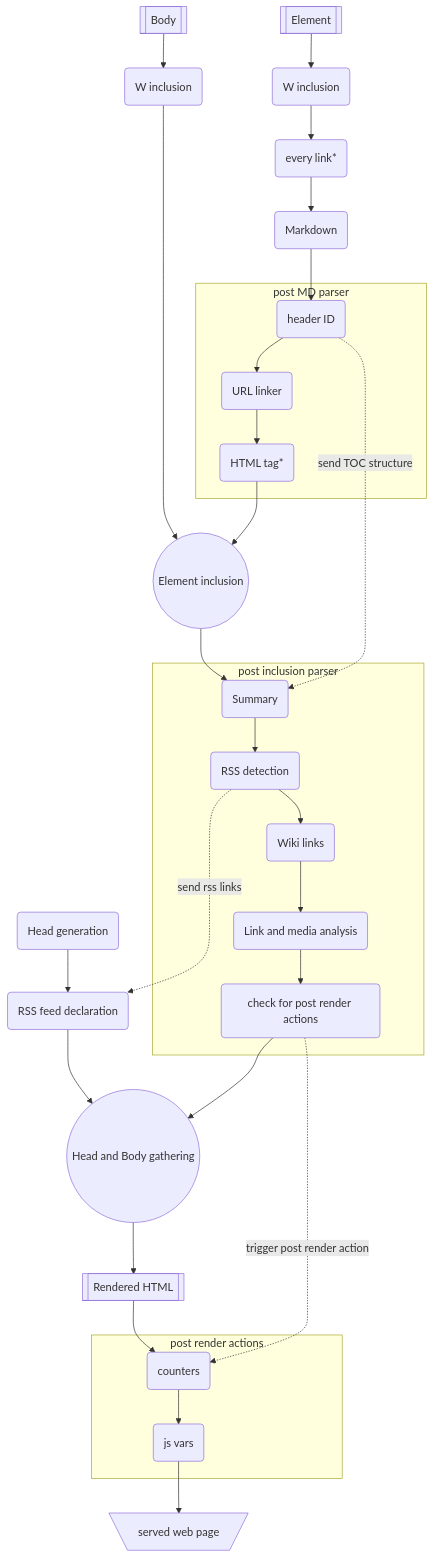
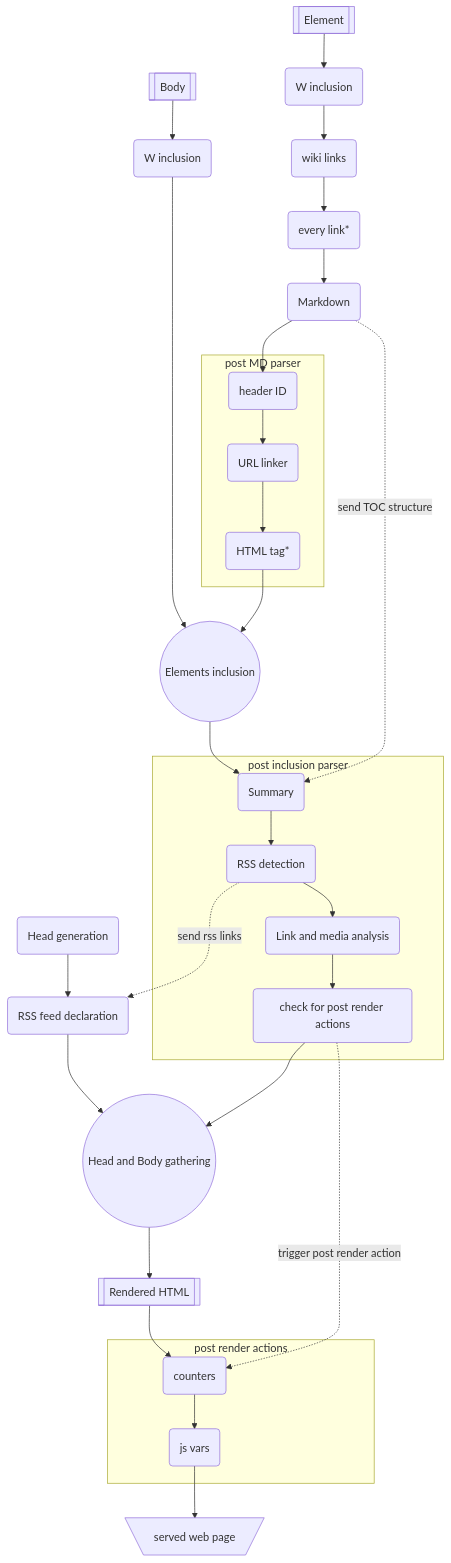
The diagram in RENDER.md (vincent-peugnet/wcms), drawn with Mermaid before and after one commit. The commit also changed 3 other files, not shown here.

````diff
--- a/RENDER.md
+++ b/RENDER.md
@@ -7,41 +7,41 @@
 ```mermaid
 flowchart TD
 
     0A(Head generation) -->
     0rss(RSS feed declaration) --> 3B
 
     2A[[Body]] -->
     2B(W inclusion)  ------->
-    2C((Element inclusion)) --> 2D
+    2C((Elements inclusion)) --> 2D
     subgraph "post inclusion parser"
         2D(Summary) -->
         2rss(RSS detection) -->
-        2H(Wiki links) -->
         2I(Link and media analysis) -->
         2pp(check for post render actions)
     end
     2pp -->
     3B((Head and Body gathering)) -->
     3C[[Rendered HTML]] --> 4c
     subgraph "post render actions"
         4c(counters) -->
         4j(js vars)
     end
     4j --> 5[\served web page/]
 
 
     1A[[Element]] -->
     1B(W inclusion) -->
-    1C(every link*) -->
-    1D(Markdown) --> 1E
+    1C(wiki links) -->
+    1D(every link*) -->
+    1E(Markdown) --> 1F
     subgraph "post MD parser"
-        1E(header ID) -->
-        1F(URL linker) -->
-        1G(HTML tag*)
+        1F(header ID) -->
+        1G(URL linker) -->
+        1H(HTML tag*)
     end
-    1G --> 2C
+    1H --> 2C
 
     1E -. "send TOC structure" .-> 2D
     2rss -. "send rss links" .-> 0rss
     2pp -. trigger post render action .-> 4c
 ```
````
